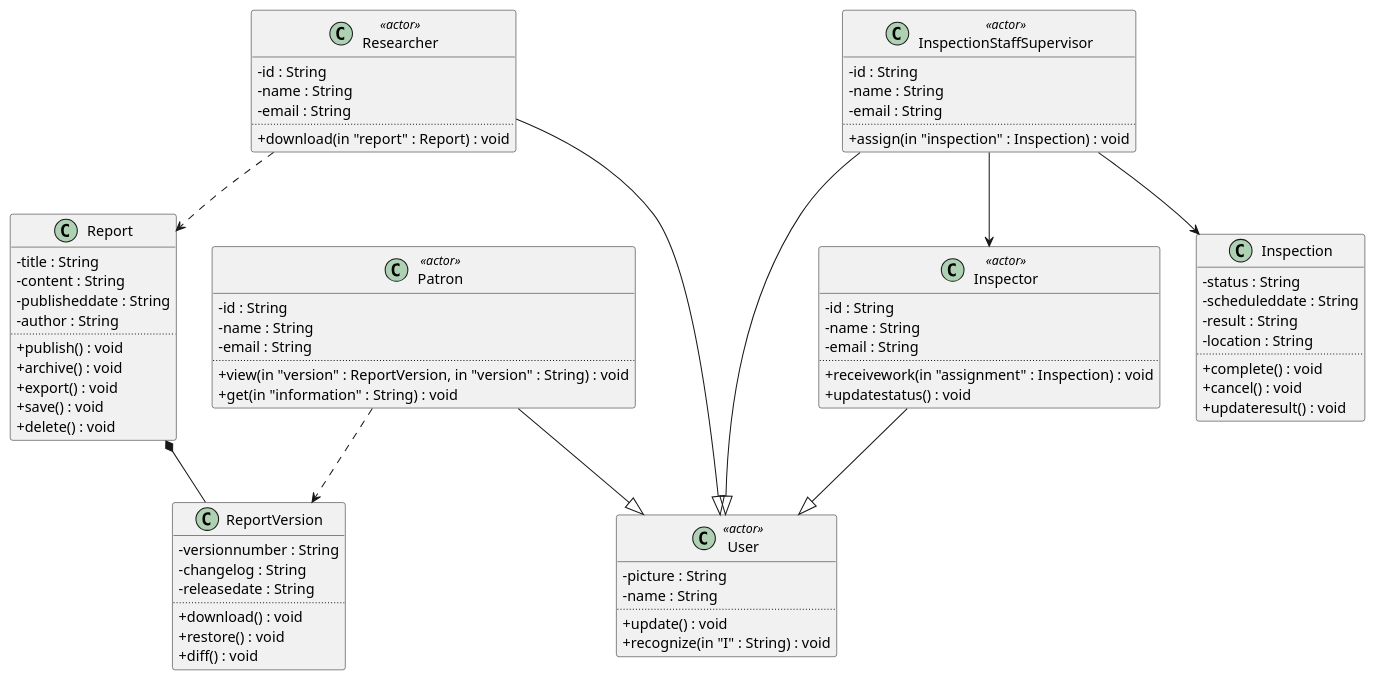
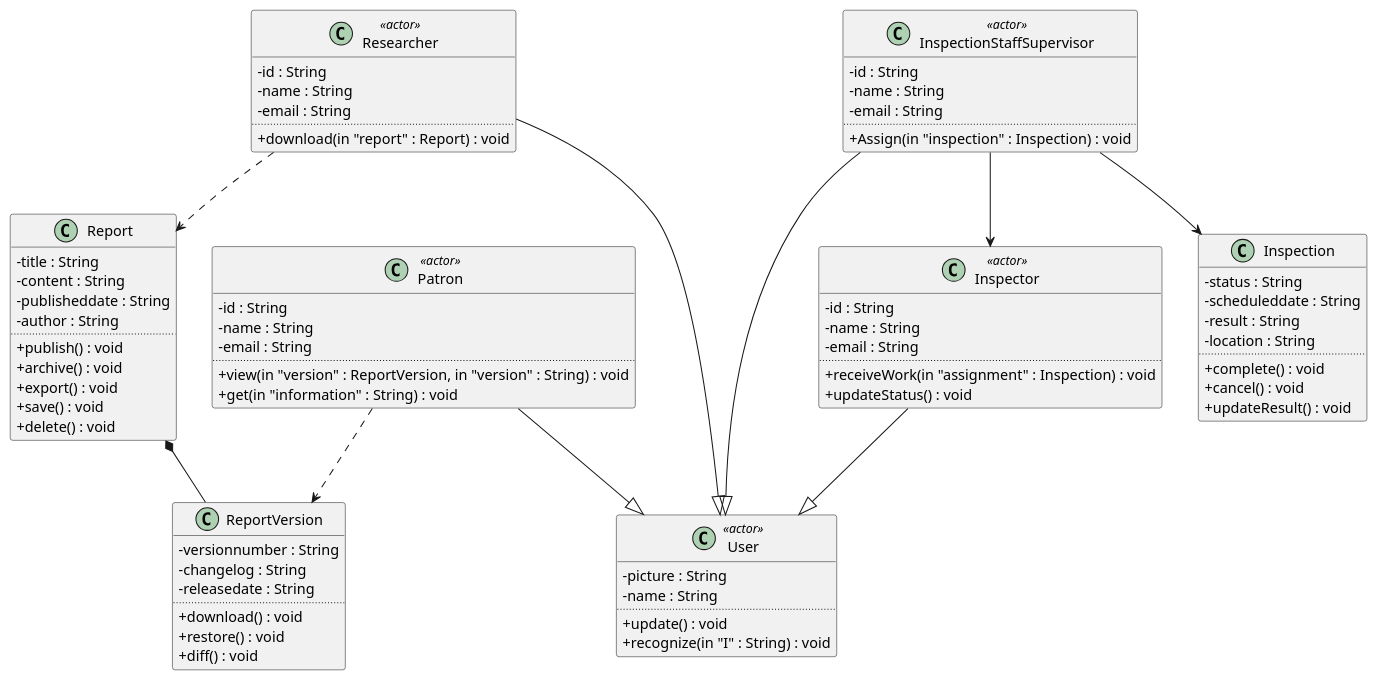
Before and after one commit to qamaruddin-qureshi/fyp-uml-diagram-generator: the diagram in user_stories/golden_puml/class_test_Original_Inspector_System.puml, drawn with PlantUML. The commit also changed 6 other files, not shown here.

```diff
--- a/user_stories/golden_puml/class_test_Original_Inspector_System.puml
+++ b/user_stories/golden_puml/class_test_Original_Inspector_System.puml
@@ -1,80 +1,80 @@
 @startuml
 skinparam classAttributeIconSize 0
 class "Researcher" as Researcher <<actor>> {
   -id : String
   -name : String
   -email : String
   ..
   +download(in "report" : Report) : void
 }
 class "Report" as Report  {
   -title : String
   -content : String
   -publisheddate : String
   -author : String
   ..
   +publish() : void
   +archive() : void
   +export() : void
   +save() : void
   +delete() : void
 }
 class "User" as User <<actor>> {
   -picture : String
   -name : String
   ..
   +update() : void
   +recognize(in "I" : String) : void
 }
 class "InspectionStaffSupervisor" as InspectionStaffSupervisor <<actor>> {
   -id : String
   -name : String
   -email : String
   ..
-  +assign(in "inspection" : Inspection) : void
+  +Assign(in "inspection" : Inspection) : void
 }
 class "Inspector" as Inspector <<actor>> {
   -id : String
   -name : String
   -email : String
   ..
-  +receivework(in "assignment" : Inspection) : void
-  +updatestatus() : void
+  +receiveWork(in "assignment" : Inspection) : void
+  +updateStatus() : void
 }
 class "Inspection" as Inspection  {
   -status : String
   -scheduleddate : String
   -result : String
   -location : String
   ..
   +complete() : void
   +cancel() : void
-  +updateresult() : void
+  +updateResult() : void
 }
 class "Patron" as Patron <<actor>> {
   -id : String
   -name : String
   -email : String
   ..
   +view(in "version" : ReportVersion, in "version" : String) : void
   +get(in "information" : String) : void
 }
 class "ReportVersion" as ReportVersion  {
   -versionnumber : String
   -changelog : String
   -releasedate : String
   ..
   +download() : void
   +restore() : void
   +diff() : void
 }
 Researcher ..> Report
 InspectionStaffSupervisor --> Inspector
 InspectionStaffSupervisor --> Inspection
 Patron ..> ReportVersion
 Report *-- ReportVersion
 Researcher --|> User
 InspectionStaffSupervisor --|> User
 Inspector --|> User
 Patron --|> User
 @enduml
```
